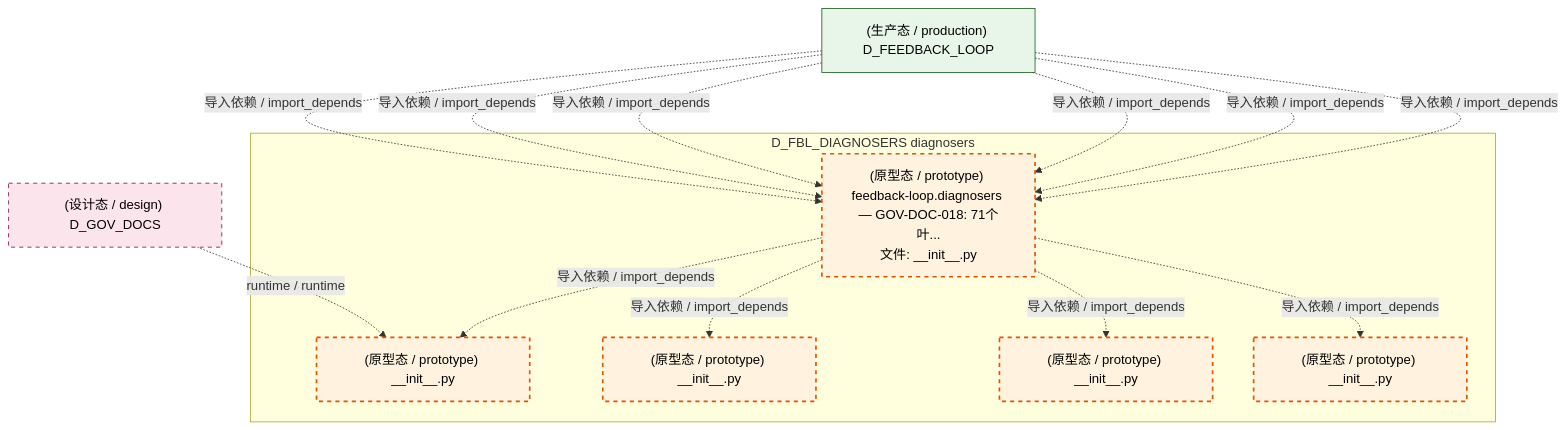
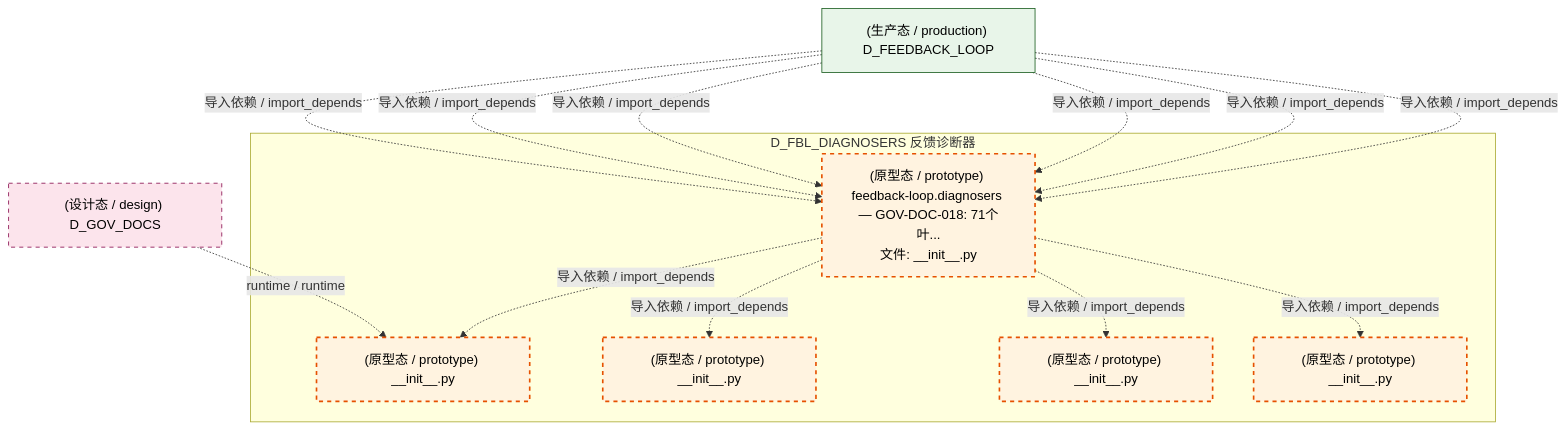
The fifth of 6 diagrams in docs/02_enterprise_architecture/02_domain_architecture_docs/12_d_fbl_diagnosers.md (xuanFelixVan/ZephyrAlpha), drawn with Mermaid before and after one commit. The commit also changed other lines of this file and 125 other files, not shown here.

````diff
--- a/docs/02_enterprise_architecture/02_domain_architecture_docs/12_d_fbl_diagnosers.md
+++ b/docs/02_enterprise_architecture/02_domain_architecture_docs/12_d_fbl_diagnosers.md
@@ -374,30 +374,30 @@
 ```mermaid
 graph TD
-    subgraph D_FBL_DIAGNOSERS["D_FBL_DIAGNOSERS diagnosers"]
+    subgraph D_FBL_DIAGNOSERS["D_FBL_DIAGNOSERS 反馈诊断器"]
         src_zephyr_feedback_loop_diagnosers_init_py["(原型态 / prototype) feedback-loop.diagnosers — GOV-DOC-018: 71个叶...<br/>文件: __init__.py"]
         src_zephyr_feedback_loop_diagnosers_cognitive_init_py["(原型态 / prototype) __init__.py"]
         src_zephyr_feedback_loop_diagnosers_diagnosis_init_py["(原型态 / prototype) __init__.py"]
         src_zephyr_feedback_loop_diagnosers_health_init_py["(原型态 / prototype) __init__.py"]
         src_zephyr_feedback_loop_diagnosers_reliability_init_py["(原型态 / prototype) __init__.py"]
     end
     src_zephyr_feedback_loop_diagnosers_init_py -.->|导入依赖 / import_depends| src_zephyr_feedback_loop_diagnosers_cognitive_init_py
     src_zephyr_feedback_loop_diagnosers_init_py -.->|导入依赖 / import_depends| src_zephyr_feedback_loop_diagnosers_diagnosis_init_py
     src_zephyr_feedback_loop_diagnosers_init_py -.->|导入依赖 / import_depends| src_zephyr_feedback_loop_diagnosers_health_init_py
     src_zephyr_feedback_loop_diagnosers_init_py -.->|导入依赖 / import_depends| src_zephyr_feedback_loop_diagnosers_reliability_init_py
     D_GOV_DOCS["(设计态 / design) D_GOV_DOCS"]
     D_GOV_DOCS -.->|runtime / runtime| src_zephyr_feedback_loop_diagnosers_cognitive_init_py
     D_FEEDBACK_LOOP["(生产态 / production) D_FEEDBACK_LOOP"]
     D_FEEDBACK_LOOP -.->|导入依赖 / import_depends| src_zephyr_feedback_loop_diagnosers_init_py
     D_FEEDBACK_LOOP -.->|导入依赖 / import_depends| src_zephyr_feedback_loop_diagnosers_init_py
     D_FEEDBACK_LOOP -.->|导入依赖 / import_depends| src_zephyr_feedback_loop_diagnosers_init_py
     D_FEEDBACK_LOOP -.->|导入依赖 / import_depends| src_zephyr_feedback_loop_diagnosers_init_py
     D_FEEDBACK_LOOP -.->|导入依赖 / import_depends| src_zephyr_feedback_loop_diagnosers_init_py
     D_FEEDBACK_LOOP -.->|导入依赖 / import_depends| src_zephyr_feedback_loop_diagnosers_init_py
     classDef production fill:#e1f5fe,stroke:#01579b,stroke-width:2px,color:#000
     classDef design fill:#fff3e0,stroke:#e65100,stroke-width:2px,color:#000,stroke-dasharray: 5 5
     classDef external_prod fill:#e8f5e9,stroke:#1b5e20,stroke-width:1px,color:#000
     classDef external_design fill:#fce4ec,stroke:#880e4f,stroke-width:1px,color:#000,stroke-dasharray: 5 5
     class src_zephyr_feedback_loop_diagnosers_init_py,src_zephyr_feedback_loop_diagnosers_cognitive_init_py,src_zephyr_feedback_loop_diagnosers_diagnosis_init_py,src_zephyr_feedback_loop_diagnosers_health_init_py,src_zephyr_feedback_loop_diagnosers_reliability_init_py design
     class D_FEEDBACK_LOOP external_prod
     class D_GOV_DOCS external_design
 ```
````
